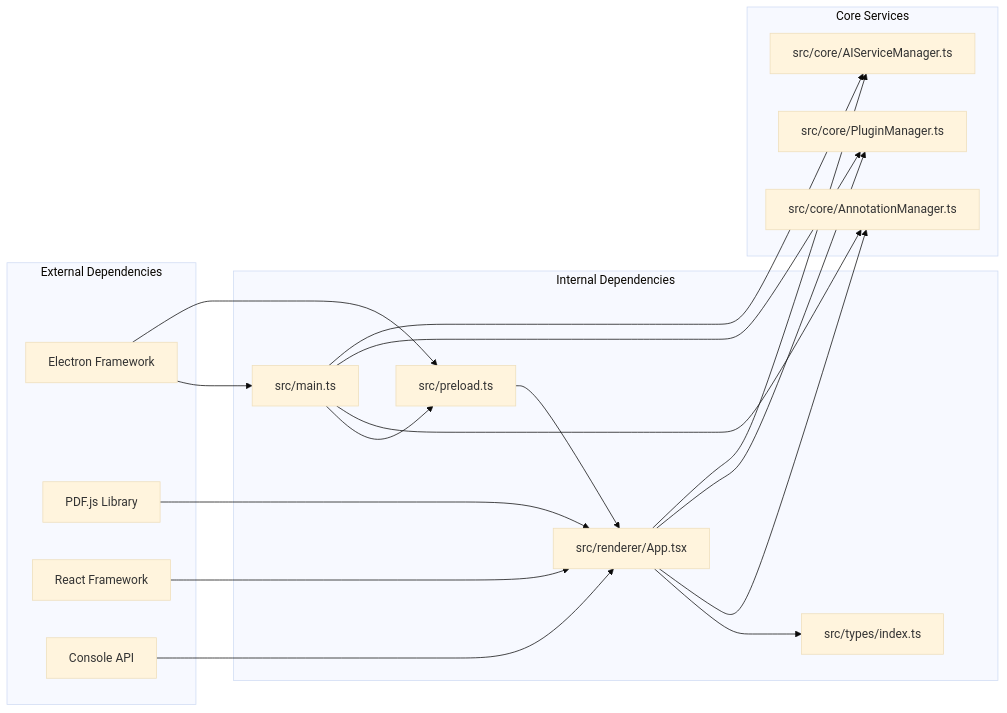
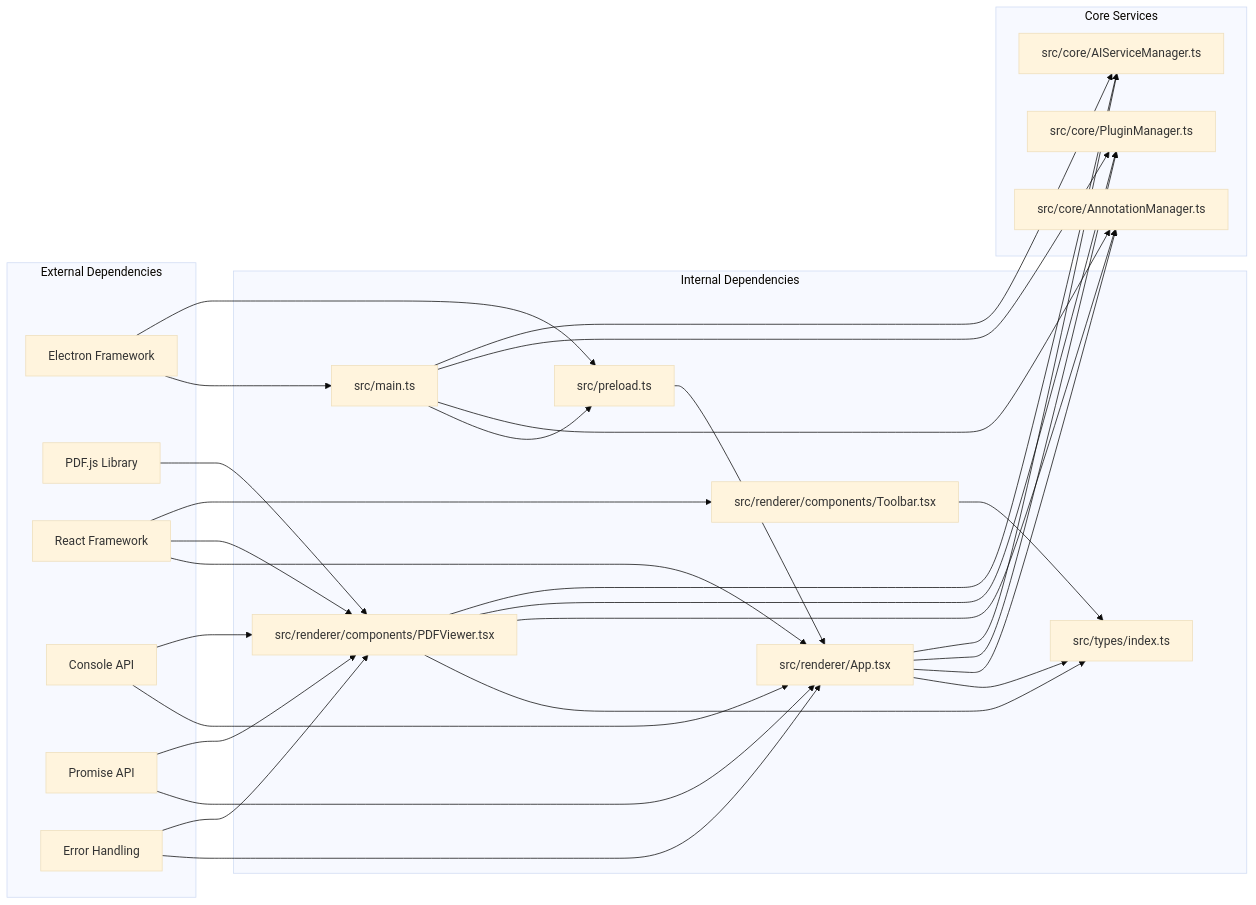
Before and after one commit to Chunde/SciPDFReader: the seventh of 7 diagrams in .qoder/repowiki/en/content/Core Components/File Menu System.md, drawn with Mermaid (base theme). The commit also changed other lines of this file and 1 other file, not shown here.

````diff
--- a/.qoder/repowiki/en/content/Core Components/File Menu System.md
+++ b/.qoder/repowiki/en/content/Core Components/File Menu System.md
@@ -356,34 +468,50 @@
 ```mermaid
 graph LR
 subgraph "External Dependencies"
 Electron[Electron Framework]
 PDFJS[PDF.js Library]
 React[React Framework]
 Console[Console API]
+Promise[Promise API]
+Error[Error Handling]
 end
 subgraph "Internal Dependencies"
 MainTS[src/main.ts]
 PreloadTS[src/preload.ts]
 AppTSX[src/renderer/App.tsx]
+PDFViewerTSX[src/renderer/components/PDFViewer.tsx]
 TypesTS[src/types/index.ts]
+ToolbarTSX[src/renderer/components/Toolbar.tsx]
 end
 subgraph "Core Services"
 AnnotationManager[src/core/AnnotationManager.ts]
 PluginManager[src/core/PluginManager.ts]
 AIServiceManager[src/core/AIServiceManager.ts]
 end
 Electron --> MainTS
 Electron --> PreloadTS
 React --> AppTSX
-PDFJS --> AppTSX
+React --> PDFViewerTSX
+React --> ToolbarTSX
+PDFJS --> PDFViewerTSX
+Console --> AppTSX
+Console --> PDFViewerTSX
+Promise --> AppTSX
+Promise --> PDFViewerTSX
+Error --> AppTSX
+Error --> PDFViewerTSX
 MainTS --> PreloadTS
 PreloadTS --> AppTSX
 AppTSX --> TypesTS
+PDFViewerTSX --> TypesTS
+ToolbarTSX --> TypesTS
 MainTS --> AnnotationManager
 MainTS --> PluginManager
 MainTS --> AIServiceManager
 AppTSX --> AnnotationManager
 AppTSX --> PluginManager
 AppTSX --> AIServiceManager
-Console --> AppTSX
+PDFViewerTSX --> AnnotationManager
+PDFViewerTSX --> PluginManager
+PDFViewerTSX --> AIServiceManager
 ```
````
